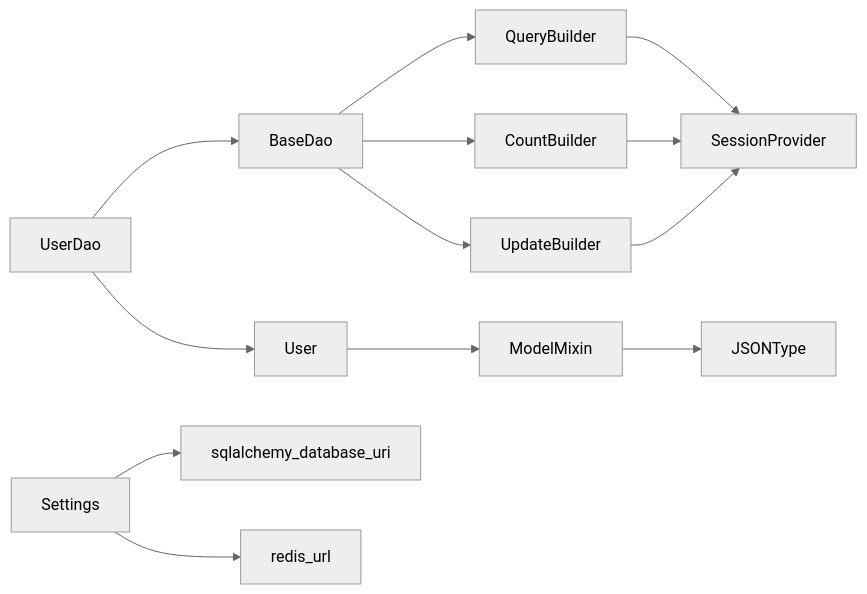
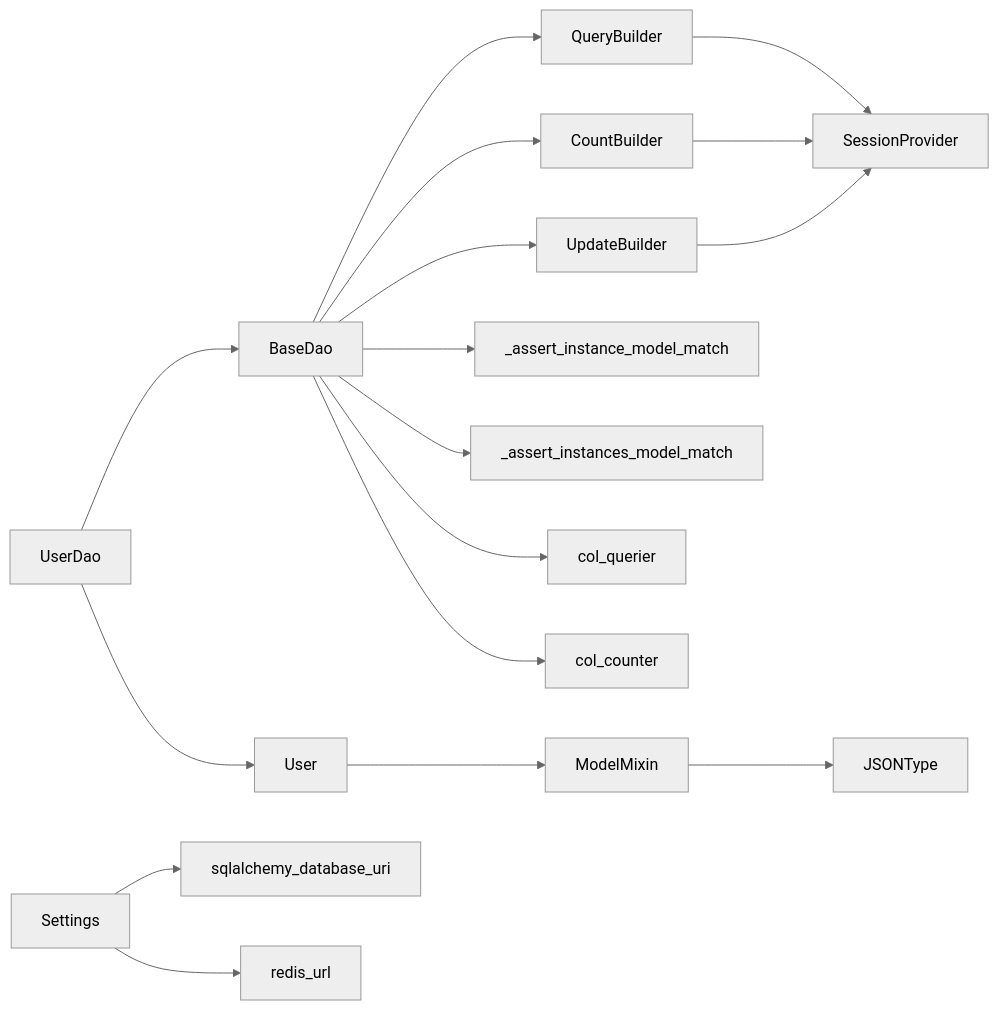
Before and after one commit to lilinzezzzzzz/fastapi-backend: the tenth of 10 diagrams in .qoder/repowiki/zh/content/数据访问层/数据访问层.md, drawn with Mermaid (neutral theme). The commit also changed other lines of this file and 42 other files, not shown here.

````diff
--- a/.qoder/repowiki/zh/content/数据访问层/数据访问层.md
+++ b/.qoder/repowiki/zh/content/数据访问层/数据访问层.md
@@ -323,15 +487,19 @@
 ```mermaid
 graph LR
 UserDao --> BaseDao
 UserDao --> User
 BaseDao --> QueryBuilder
 BaseDao --> CountBuilder
 BaseDao --> UpdateBuilder
+BaseDao --> _assert_instance_model_match
+BaseDao --> _assert_instances_model_match
+BaseDao --> col_querier
+BaseDao --> col_counter
 QueryBuilder --> SessionProvider
 CountBuilder --> SessionProvider
 UpdateBuilder --> SessionProvider
 User --> ModelMixin
 ModelMixin --> JSONType
 Settings --> DB_URI["sqlalchemy_database_uri"]
 Settings --> Redis_URI["redis_url"]
 ```
````
